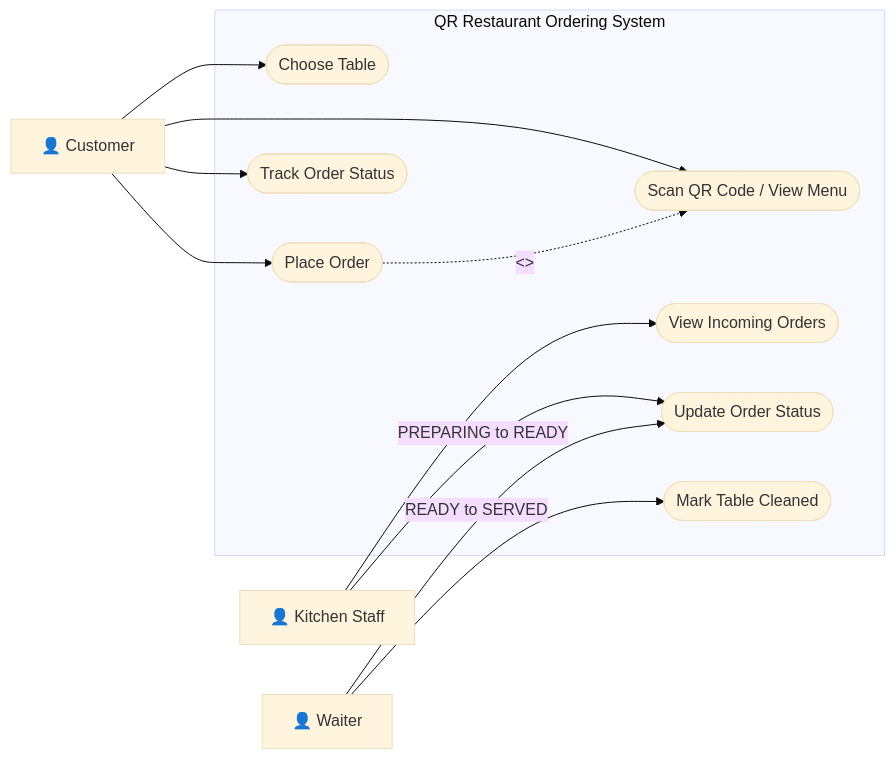
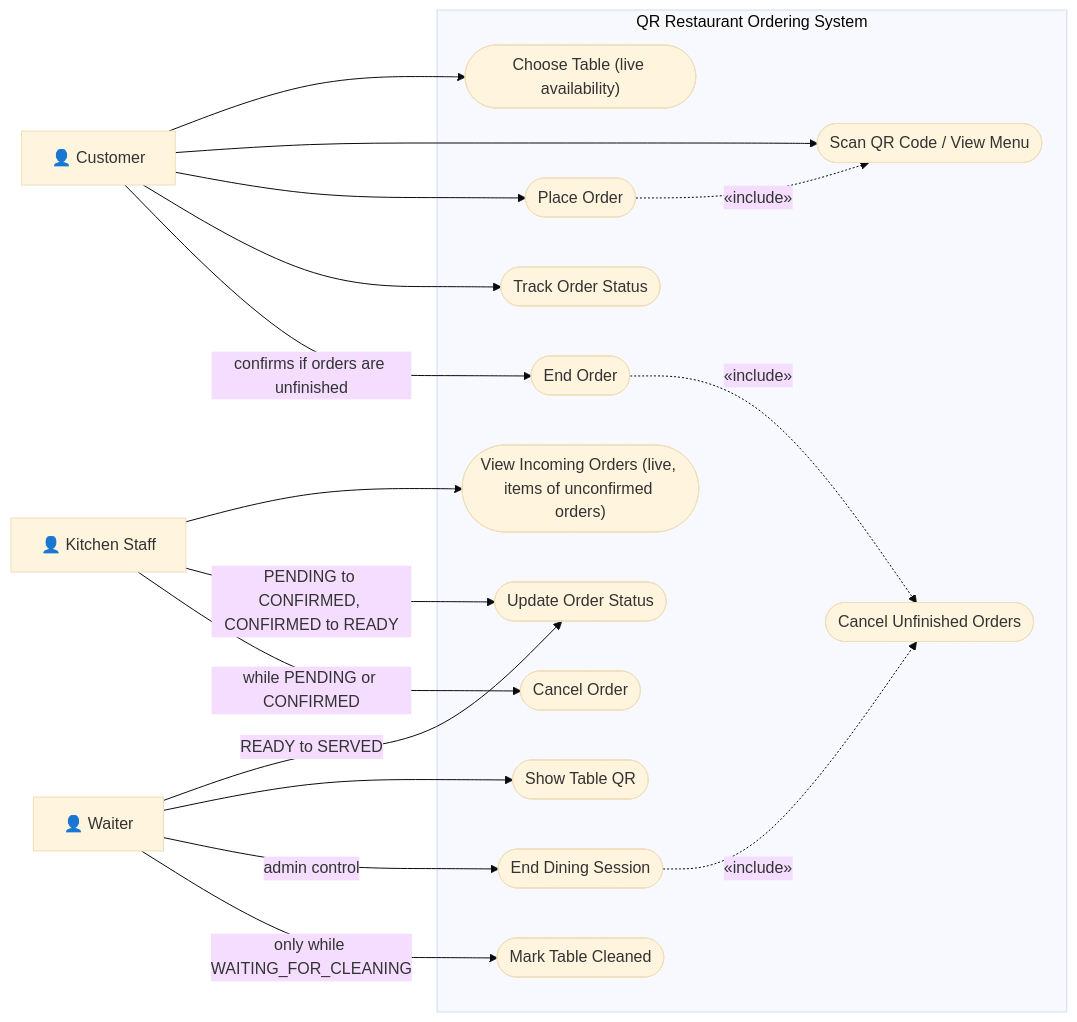
Before and after one commit to zawnaylin/gisma-advance-programming-assessment: the diagram in docs/usecase.mmd, drawn with Mermaid (base theme). The commit also changed 173 other files, not shown here.

```diff
--- a/docs/usecase.mmd
+++ b/docs/usecase.mmd
@@ -1,26 +1,38 @@
 flowchart LR
     Customer["👤 Customer"]
     Waiter["👤 Waiter"]
     Kitchen["👤 Kitchen Staff"]
 
     subgraph System["QR Restaurant Ordering System"]
-        UC0(["Choose Table"])
+        UC0(["Choose Table (live availability)"])
         UC1(["Scan QR Code / View Menu"])
         UC2(["Place Order"])
         UC3(["Track Order Status"])
-        UC4(["View Incoming Orders"])
+        UC7(["End Order"])
+        UC4(["View Incoming Orders (live, items of unconfirmed orders)"])
         UC5(["Update Order Status"])
+        UC9(["Cancel Order"])
+        UC8(["Show Table QR"])
+        UC10(["End Dining Session"])
         UC6(["Mark Table Cleaned"])
+        UC11(["Cancel Unfinished Orders"])
     end
 
     Customer --> UC0
     Customer --> UC1
     Customer --> UC2
     Customer --> UC3
+    Customer -->|"confirms if orders are unfinished"| UC7
 
     Kitchen --> UC4
-    Kitchen -->|PREPARING to READY| UC5
-    Waiter -->|READY to SERVED| UC5
-    Waiter --> UC6
+    Kitchen -->|"PENDING to CONFIRMED, CONFIRMED to READY"| UC5
+    Waiter -->|"READY to SERVED"| UC5
+    Kitchen -->|"while PENDING or CONFIRMED"| UC9
 
-    UC2 -.->|"<<include>>"| UC1
+    Waiter --> UC8
+    Waiter -->|"admin control"| UC10
+    Waiter -->|"only while WAITING_FOR_CLEANING"| UC6
+
+    UC2 -.->|"«include»"| UC1
+    UC7 -.->|"«include»"| UC11
+    UC10 -.->|"«include»"| UC11
```
